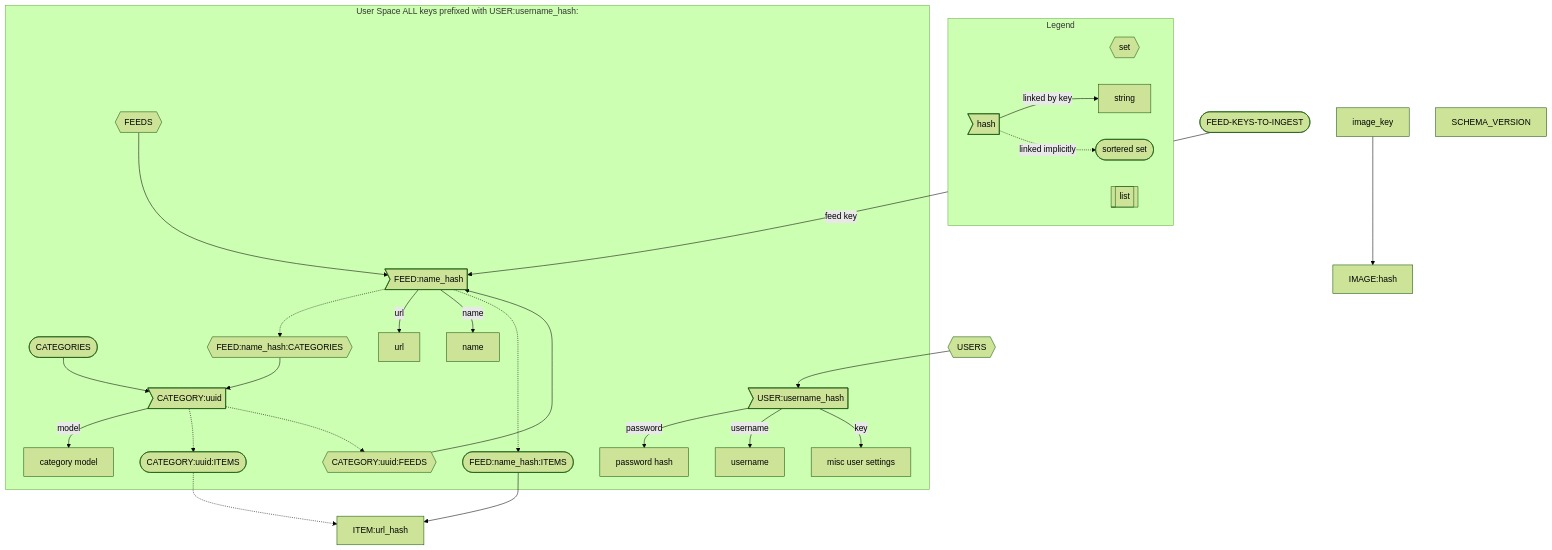
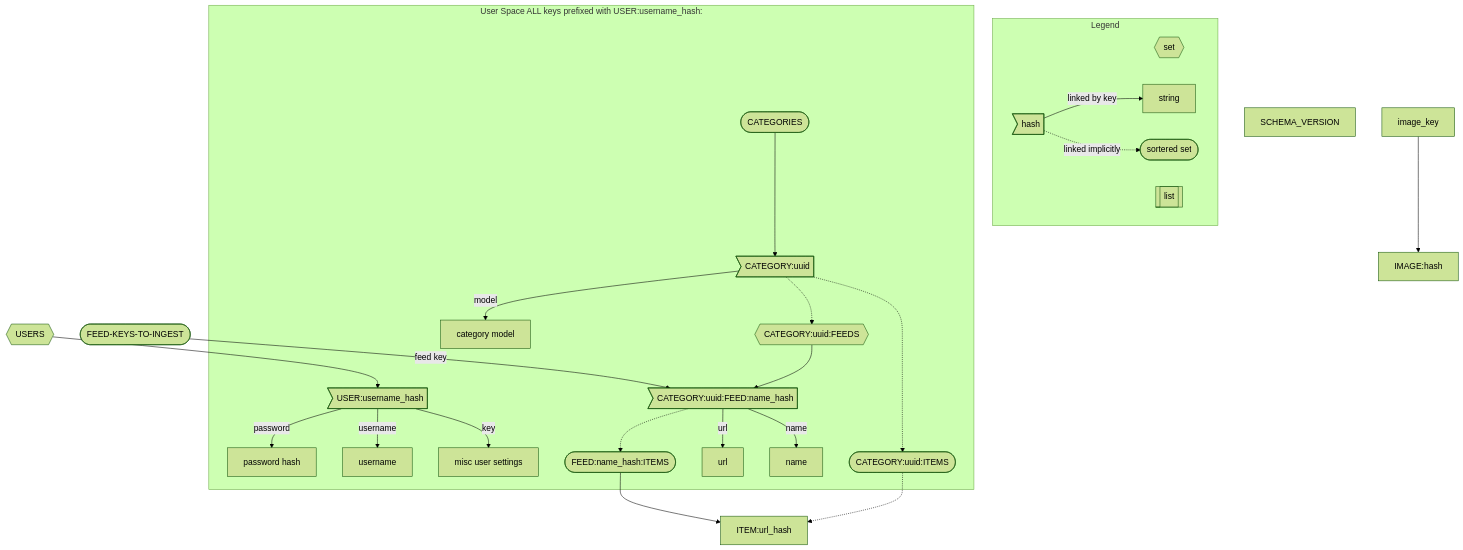
The diagram in README.md (mullinmax/aggy), drawn with Mermaid (forest theme) before and after one commit. The commit also changed 9 other files, not shown here.

````diff
--- a/README.md
+++ b/README.md
@@ -24,58 +24,53 @@
 ```mermaid
 flowchart TB
     feeds_to_ingest([FEED-KEYS-TO-INGEST]) --feed key--> feed
 
     subgraph Legend
         direction LR
         set{{set}}
         sorted_set([sortered set])
         string[string]
         hash>hash]
         list[[list]]
         hash --linked by key-->string
         hash -.linked implicitly.-> sorted_set
     end
 
     subgraph User Space ALL keys prefixed with USER:username_hash:
         user>USER:username_hash]
         user--password--> password_hash[password hash]
         user--username--> username[username]
         user--key-->misc_user_settings[misc user settings]
 
         categories([CATEGORIES])
         category>CATEGORY:uuid]
         category_model[category model]
         category_feeds{{CATEGORY:uuid:FEEDS}}
         category_items([CATEGORY:uuid:ITEMS])
-        feed_categories{{FEED:name_hash:CATEGORIES}}
-        feeds{{FEEDS}}
-        feed>FEED:name_hash]
+        feed>CATEGORY:uuid:FEED:name_hash]
         feed_url[url]
         feed_name[name]
         items([FEED:name_hash:ITEMS])
 
 
         categories --> category
 
         category --model--> category_model
         category -.-> category_items
         category -.-> category_feeds
         category_feeds --> feed
-        feeds --> feed
-        feed -.-> feed_categories
-        feed_categories --> category
         feed --url--> feed_url
         feed --name--> feed_name
         feed -.-> items
 
 
     end
 
     items-->item
     category_items -.-> item
     item[ITEM:url_hash]
     image_key-->image[IMAGE:hash]
     schema_version[SCHEMA_VERSION]
     users{{USERS}} --> user
 
 ```
````
